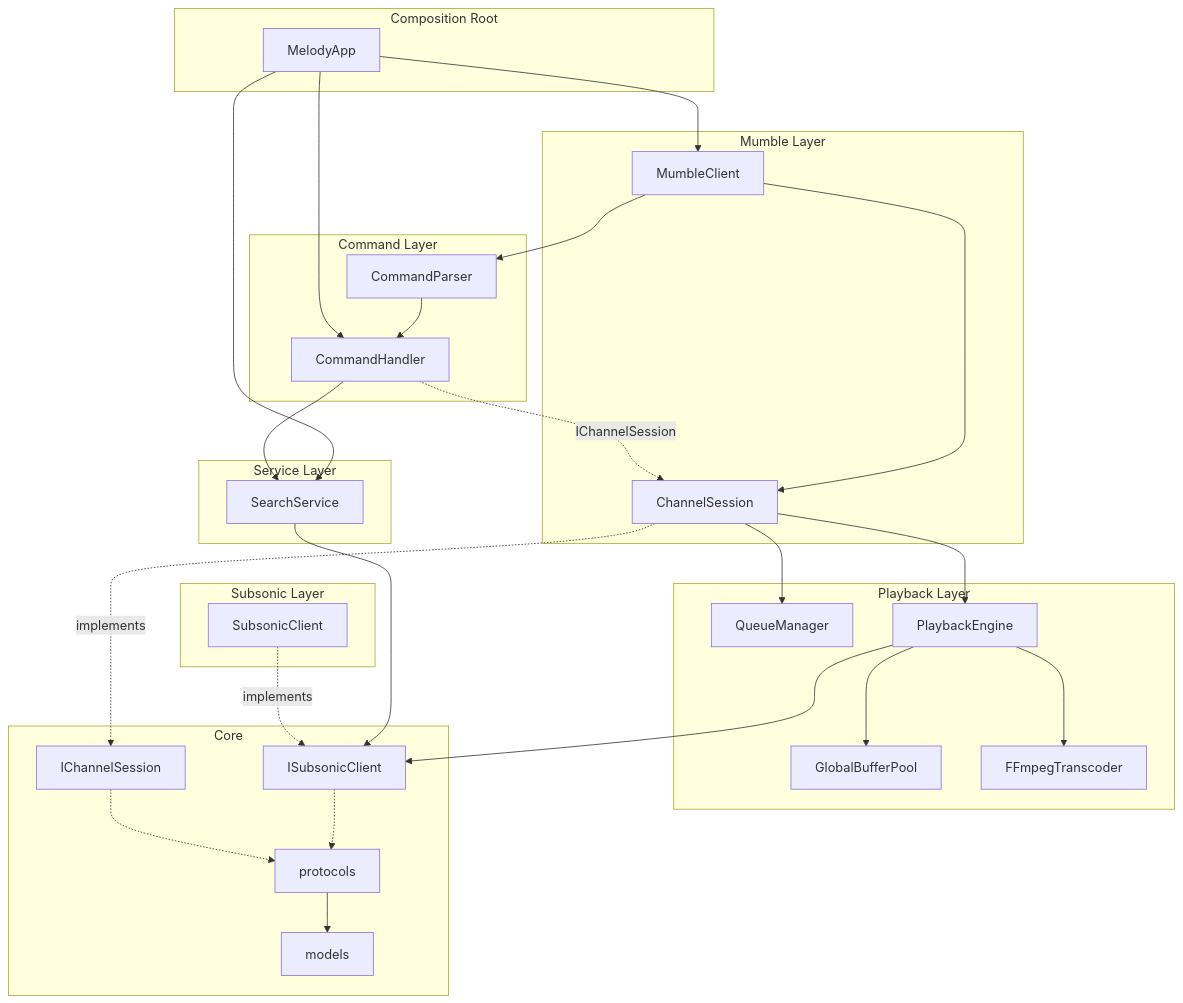
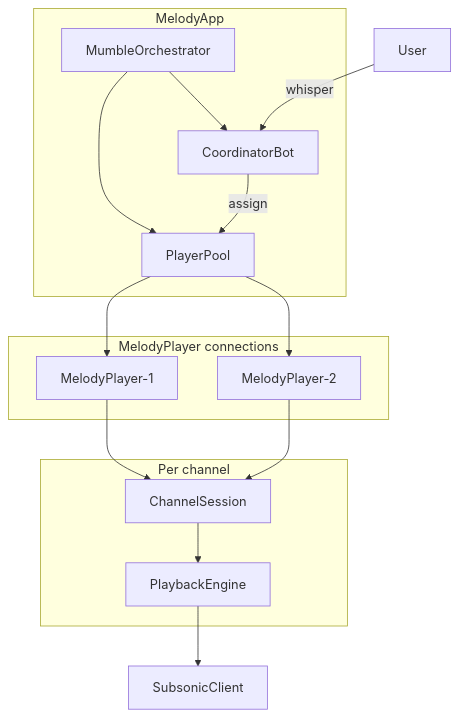
The diagram in README.md (ErfanNikouie/Melody), drawn with Mermaid before and after one commit. The commit also changed other lines of this file and 14 other files, not shown here.

Commit message:
Added Melody & MelodyPlayer bots.

````diff
--- a/README.md
+++ b/README.md
@@ -19,58 +20,29 @@
 ```mermaid
 flowchart TB
-  subgraph L6 [Composition Root]
-    App[MelodyApp]
+  subgraph App [MelodyApp]
+    Orch[MumbleOrchestrator]
+    Pool[PlayerPool]
+    Coord[CoordinatorBot]
+    Orch --> Coord
+    Orch --> Pool
   end
 
-  subgraph L5 [Mumble Layer]
-    MC[MumbleClient]
-    CS[ChannelSession]
-    MC --> CS
+  subgraph Players [MelodyPlayer connections]
+    P1[MelodyPlayer-1]
+    P2[MelodyPlayer-2]
   end
 
-  subgraph L4 [Command Layer]
-    CP[CommandParser]
-    CH[CommandHandler]
-    CP --> CH
+  subgraph Channel [Per channel]
+    CS[ChannelSession]
+    PE[PlaybackEngine]
+    CS --> PE
   end
 
-  subgraph L3 [Service Layer]
-    SS[SearchService]
-  end
-
-  subgraph L2 [Playback Layer]
-    QM[QueueManager]
-    PE[PlaybackEngine]
-    BP[GlobalBufferPool]
-    FF[FFmpegTranscoder]
-    CS --> QM
-    CS --> PE
-    PE --> BP
-    PE --> FF
-  end
-
-  subgraph L1 [Subsonic Layer]
-    SC[SubsonicClient]
-  end
-
-  subgraph L0 [Core]
-    Models[models]
-    Protocols[protocols]
-    ISC[ISubsonicClient]
-    ICS[IChannelSession]
-    Protocols --> Models
-    ISC -.-> Protocols
-    ICS -.-> Protocols
-  end
-
-  App --> MC
-  App --> CH
-  App --> SS
-  MC --> CP
-  CH --> SS
-  CH -.->|IChannelSession| CS
-  SS --> ISC
-  PE --> ISC
-  SC -.->|implements| ISC
-  CS -.->|implements| ICS
+  User -->|whisper| Coord
+  Coord -->|assign| Pool
+  Pool --> P1
+  Pool --> P2
+  P1 --> CS
+  P2 --> CS
+  PE --> Subsonic[SubsonicClient]
 ```
````
